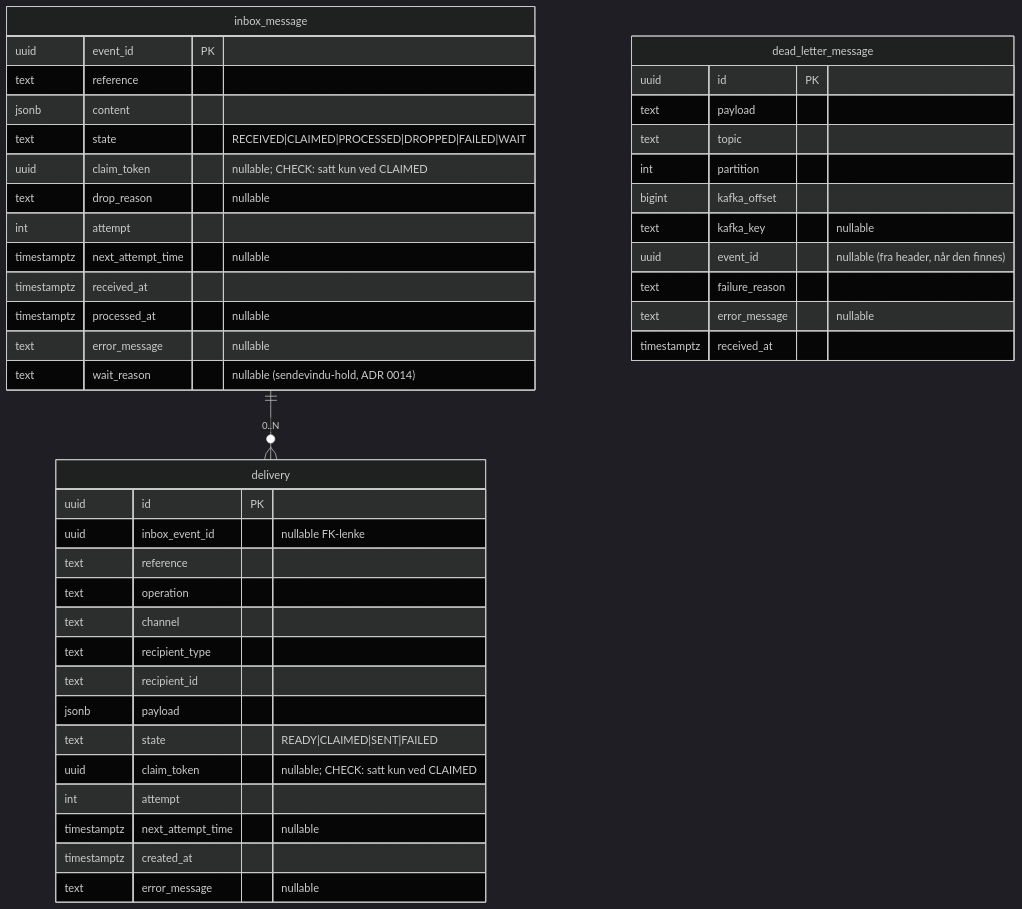
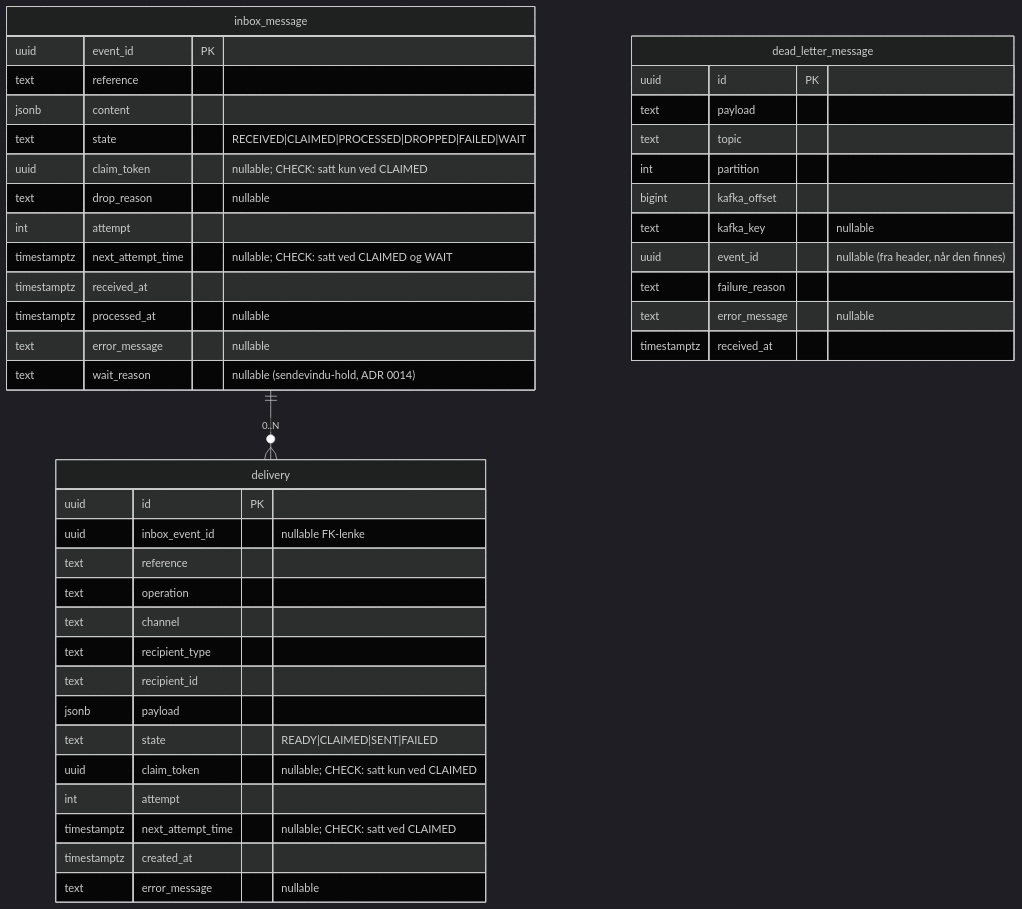
Before and after one commit to navikt/syfo-budstikka: the diagram in docs/datamodell.md, drawn with Mermaid (dark theme). The commit also changed other lines of this file and 6 other files, not shown here.

First line of the commit message:
feat(database): krev next_attempt_time for CLAIMED- og WAIT-rader (#321)

````diff
--- a/docs/datamodell.md
+++ b/docs/datamodell.md
@@ -8,49 +8,49 @@
 ```mermaid
 erDiagram
     inbox_message ||--o{ delivery : "0..N"
 
     inbox_message {
         uuid        event_id PK
         text        reference
         jsonb       content
         text        state "RECEIVED|CLAIMED|PROCESSED|DROPPED|FAILED|WAIT"
         uuid        claim_token "nullable; CHECK: satt kun ved CLAIMED"
         text        drop_reason "nullable"
         int         attempt
-        timestamptz next_attempt_time "nullable"
+        timestamptz next_attempt_time "nullable; CHECK: satt ved CLAIMED og WAIT"
         timestamptz received_at
         timestamptz processed_at "nullable"
         text        error_message "nullable"
         text        wait_reason "nullable (sendevindu-hold, ADR 0014)"
     }
 
     delivery {
         uuid        id PK
         uuid        inbox_event_id "nullable FK-lenke"
         text        reference
         text        operation
         text        channel
         text        recipient_type
         text        recipient_id
         jsonb       payload
         text        state "READY|CLAIMED|SENT|FAILED"
         uuid        claim_token "nullable; CHECK: satt kun ved CLAIMED"
         int         attempt
-        timestamptz next_attempt_time "nullable"
+        timestamptz next_attempt_time "nullable; CHECK: satt ved CLAIMED"
         timestamptz created_at
         text        error_message "nullable"
     }
 
     dead_letter_message {
         uuid        id PK
         text        payload
         text        topic
         int         partition
         bigint      kafka_offset
         text        kafka_key "nullable"
         uuid        event_id "nullable (fra header, når den finnes)"
         text        failure_reason
         text        error_message "nullable"
         timestamptz received_at
     }
 ```
````
